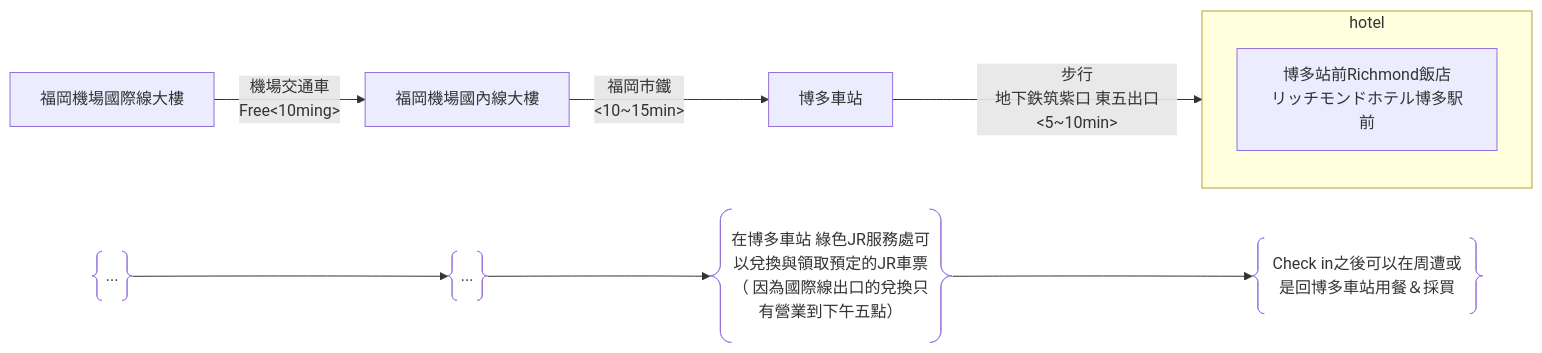
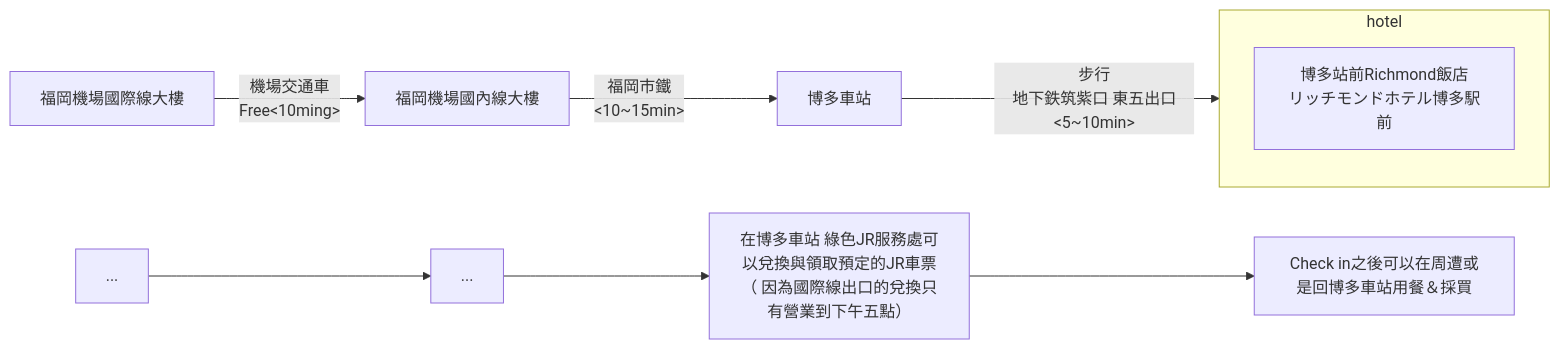
The diagram in 行程規劃.md (Shuming-Yang/2026-January-Trip), drawn with Mermaid before and after one commit.

````diff
--- a/行程規劃.md
+++ b/行程規劃.md
@@ -9,17 +9,17 @@
 ```mermaid
 flowchart LR
     subgraph hotel
         D[博多站前Richmond飯店<br>リッチモンドホテル博多駅前]
     end
     A[福岡機場國際線大樓] --> |機場交通車<br>Free<10ming>| B[福岡機場國內線大樓]
     B --> |福岡市鐵<br><10~15min>| C[博多車站]
     C --> |步行<br>地下鉄筑紫口 東五出口<5~10min>| hotel
 
-    W@{ shape: braces, label: "..." }
-    X@{ shape: braces, label: "..." }
-    Y@{ shape: braces, label: "在博多車站 綠色JR服務處可以兌換與領取預定的JR車票（ 因為國際線出口的兌換只有營業到下午五點）" }
-    Z@{ shape: braces, label: "Check in之後可以在周遭或是回博多車站用餐＆採買" }
+    W@{ label: "..." }
+    X@{ label: "..." }
+    Y@{ label: "在博多車站 綠色JR服務處可以兌換與領取預定的JR車票（ 因為國際線出口的兌換只有營業到下午五點）" }
+    Z@{ label: "Check in之後可以在周遭或是回博多車站用餐＆採買" }
     W --> X
     X --> Y
     Y --> Z
 ```
````
